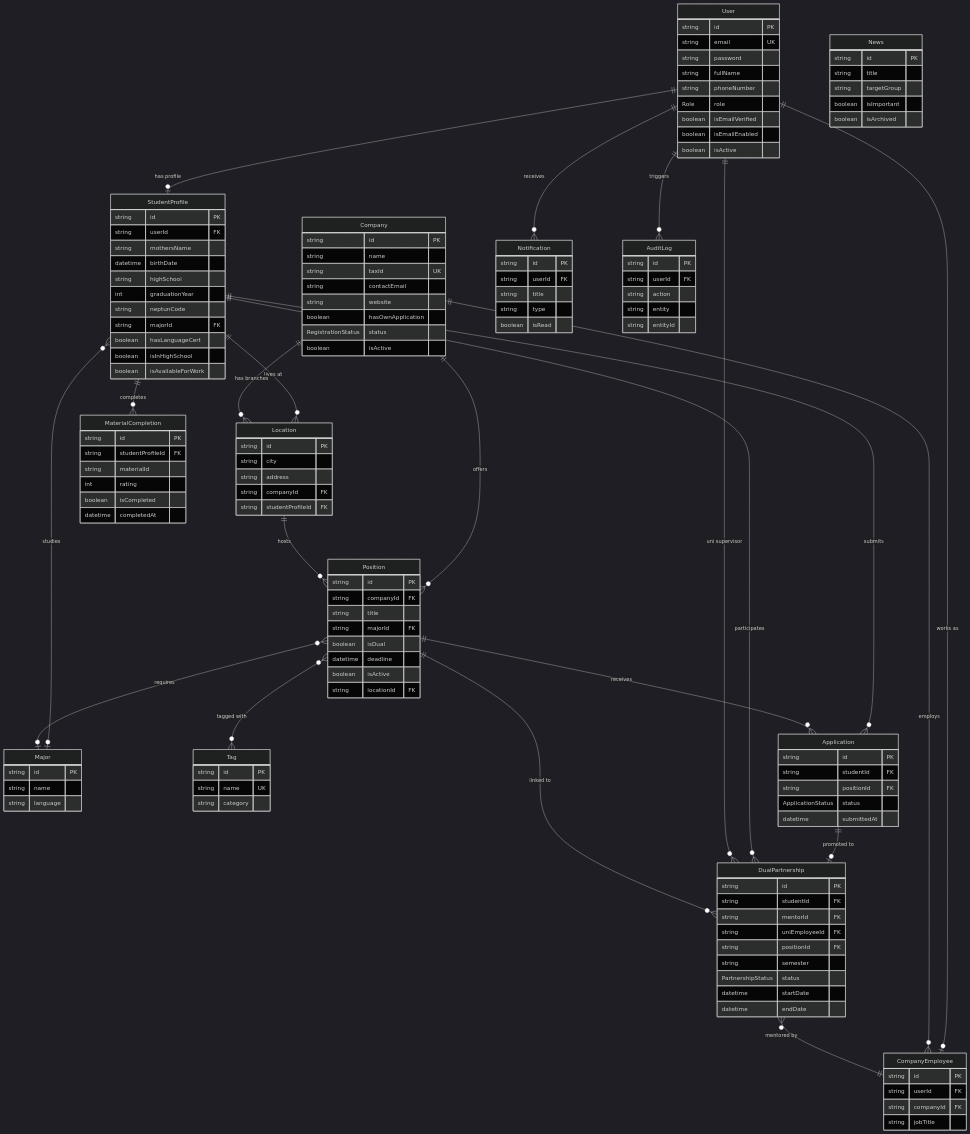
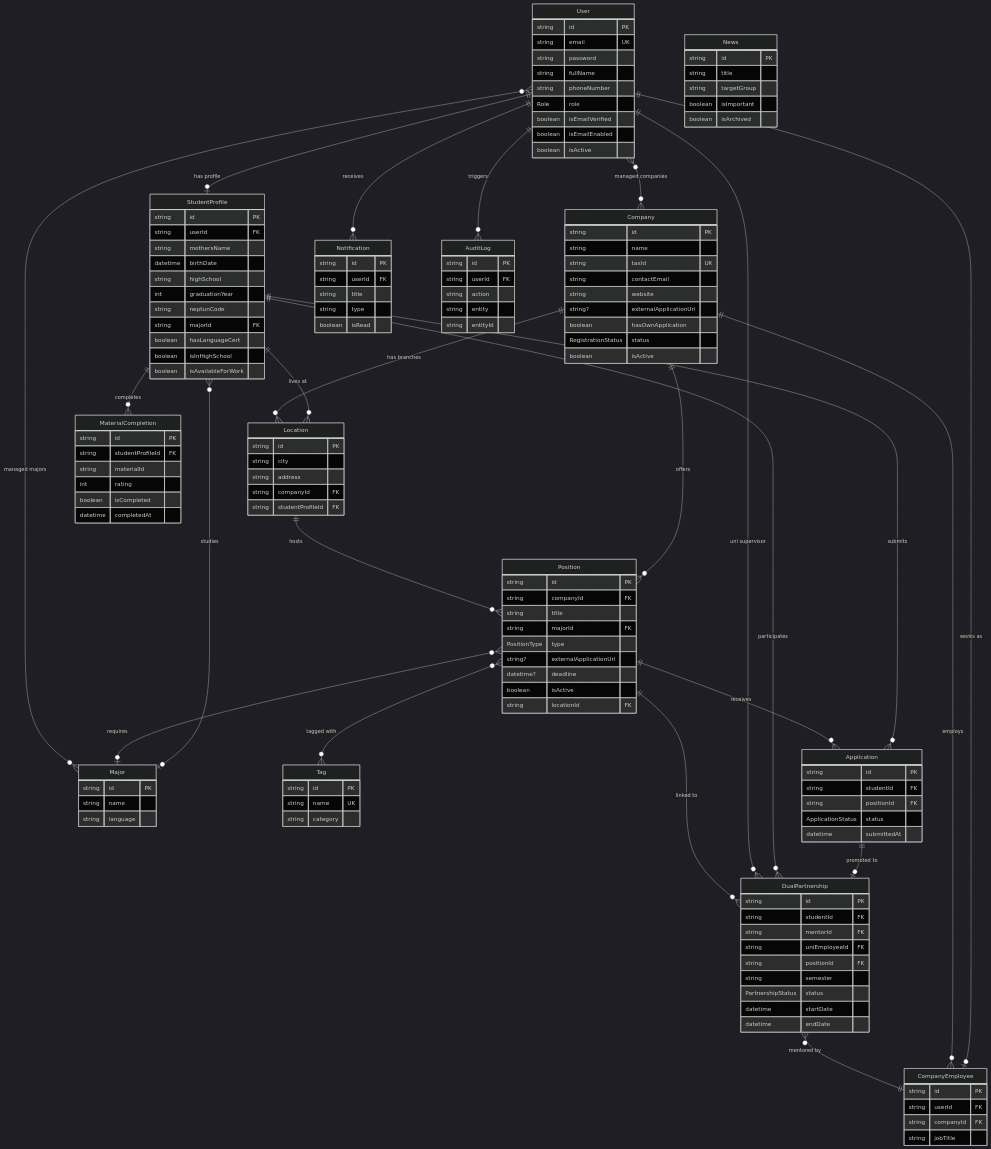
One commit to myloo23/dual-kepzes-frontend changed the first of 10 diagrams in backendreadme.md. Above: the diagram before and after it, drawn with Mermaid (dark theme). The commit also changed other lines of this file and 8 other files, not shown here.

````diff
--- a/backendreadme.md
+++ b/backendreadme.md
@@ -198,6 +198,7 @@
         string taxId UK
         string contactEmail
         string website
+        string? externalApplicationUrl
         boolean hasOwnApplication
         RegistrationStatus status
         boolean isActive
@@ -220,8 +221,9 @@
         string companyId FK
         string title
         string majorId FK
-        boolean isDual
-        datetime deadline
+        PositionType type
+        string? externalApplicationUrl
+        datetime? deadline
         boolean isActive
         string locationId FK
     }
@@ -298,4 +300,6 @@
     DualPartnership }o--|| User : "uni supervisor"
     DualPartnership }o--|| Position : "linked to"
     StudentProfile ||--o{ MaterialCompletion : "completes"
+    User }o--o{ Major : "managed majors"
+    User }o--o{ Company : "managed companies"
 ```
````
